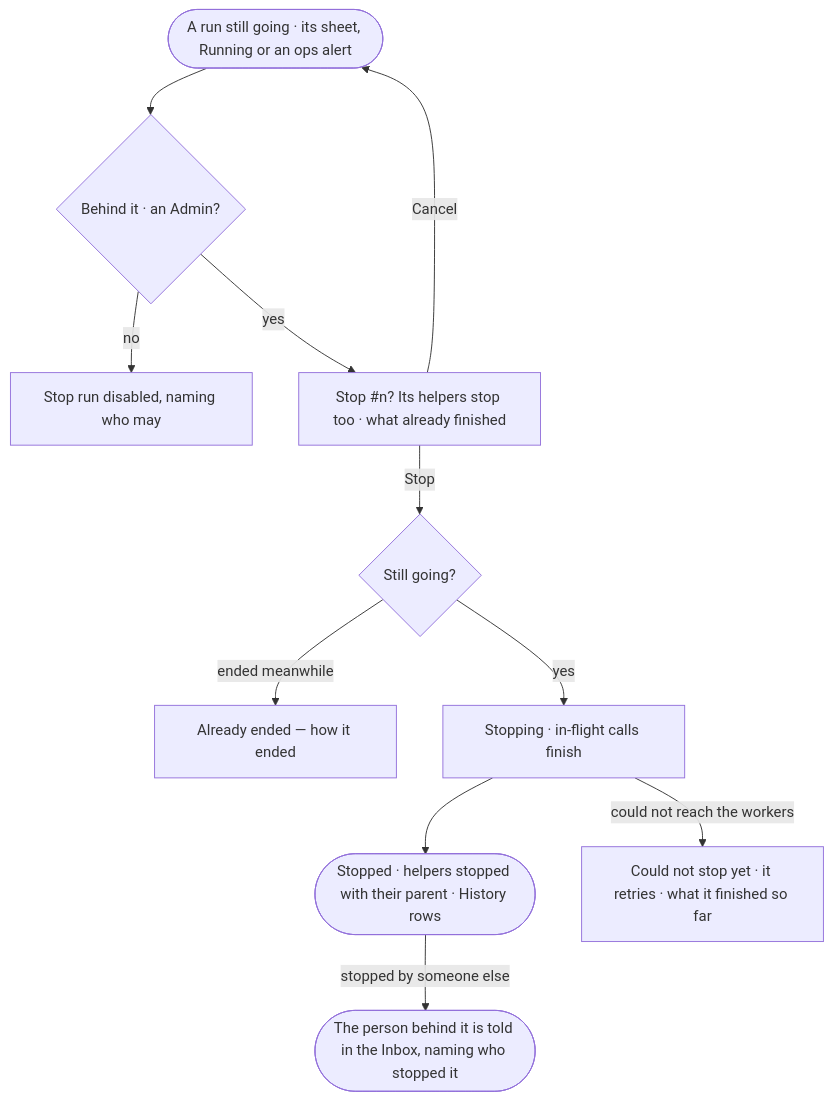
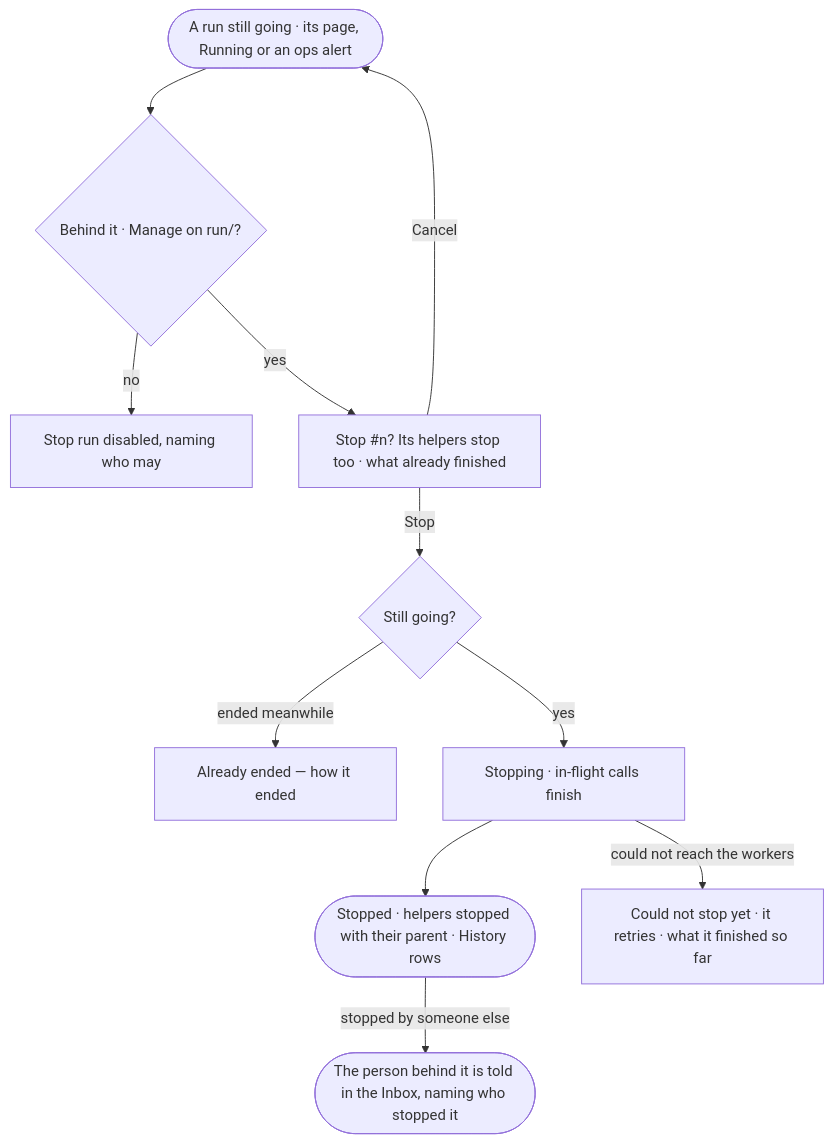
The diagram in specs/os/control/features/CP-F10-runs-and-how-the-agents-are-doing/stories/CP-58-stop-a-run-that-should-not-go-on/story.md (invana/invana), drawn with Mermaid before and after one commit. The commit also changed other lines of this file and 456 other files, not shown here.

````diff
--- a/specs/os/control/features/CP-F10-runs-and-how-the-agents-are-doing/stories/CP-58-stop-a-run-that-should-not-go-on/story.md
+++ b/specs/os/control/features/CP-F10-runs-and-how-the-agents-are-doing/stories/CP-58-stop-a-run-that-should-not-go-on/story.md
@@ -26,13 +26,13 @@
 ```mermaid
 flowchart TD
-  r([A run still going · its sheet, Running or an ops alert]) --> m{"Behind it · an Admin?"}
+  r([A run still going · its page, Running or an ops alert]) --> m{"Behind it · Manage on run/<agent>?"}
   m -->|no| d["Stop run disabled, naming who may"]
   m -->|yes| c["Stop #n? Its helpers stop too · what already finished"]
   c -->|Cancel| r
   c -->|Stop| s{"Still going?"}
   s -->|ended meanwhile| e["Already ended — how it ended"]
   s -->|yes| st["Stopping · in-flight calls finish"]
   st --> done(["Stopped · helpers stopped with their parent · History rows"])
   done -->|stopped by someone else| tell(["The person behind it is told in the Inbox, naming who stopped it"])
   st -->|could not reach the workers| f["Could not stop yet · it retries · what it finished so far"]
 ```
````
